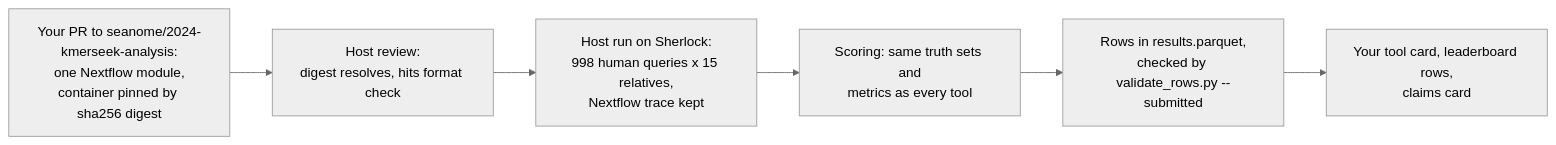
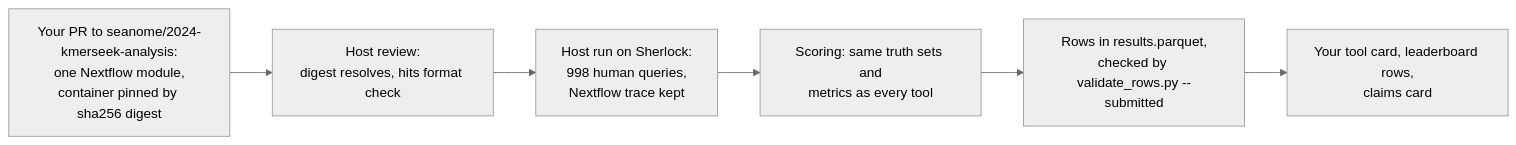
One commit to seanome/protein-function-annotation-leaderboard changed the diagram in SUBMIT.md. Above: the diagram before and after it, drawn with Mermaid (neutral theme). The commit also changed other lines of this file, not shown here.

````diff
--- a/SUBMIT.md
+++ b/SUBMIT.md
@@ -9,8 +9,8 @@
 ```mermaid
 flowchart LR
   A["Your PR to seanome/2024-kmerseek-analysis:<br/>one Nextflow module,<br/>container pinned by sha256 digest"] --> B["Host review:<br/>digest resolves, hits format check"]
-  B --> C["Host run on Sherlock:<br/>998 human queries x 15 relatives,<br/>Nextflow trace kept"]
+  B --> C["Host run on Sherlock:<br/>998 human queries,<br/>Nextflow trace kept"]
   C --> D["Scoring: same truth sets and<br/>metrics as every tool"]
   D --> E["Rows in results.parquet,<br/>checked by validate_rows.py --submitted"]
   E --> F["Your tool card, leaderboard rows,<br/>claims card"]
 ```
````
